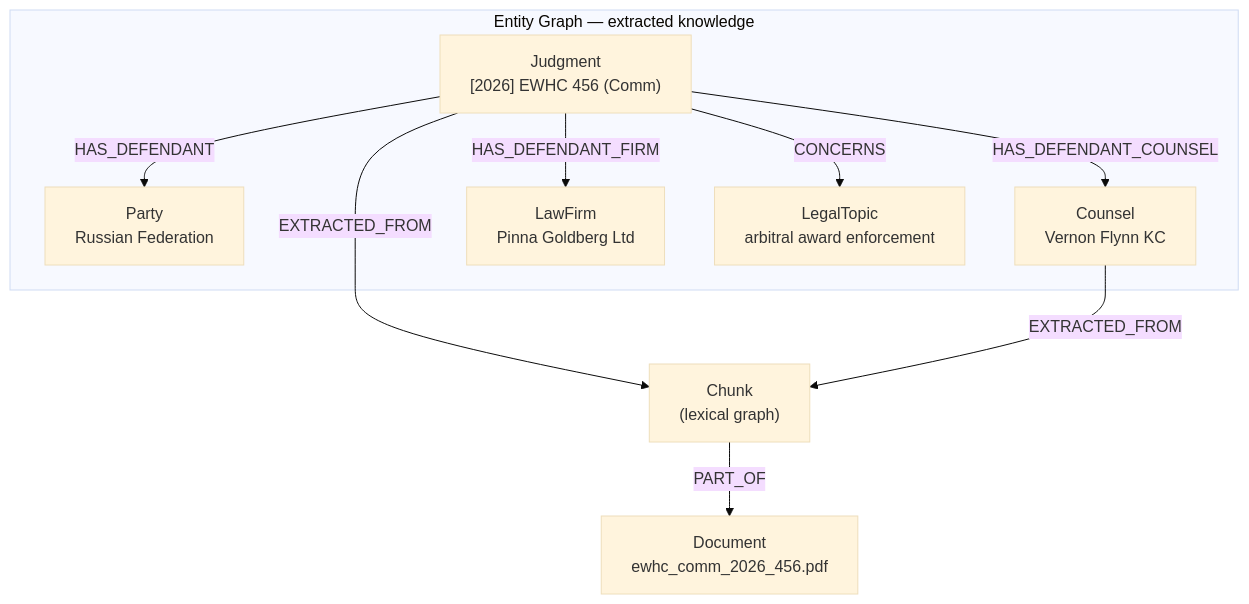
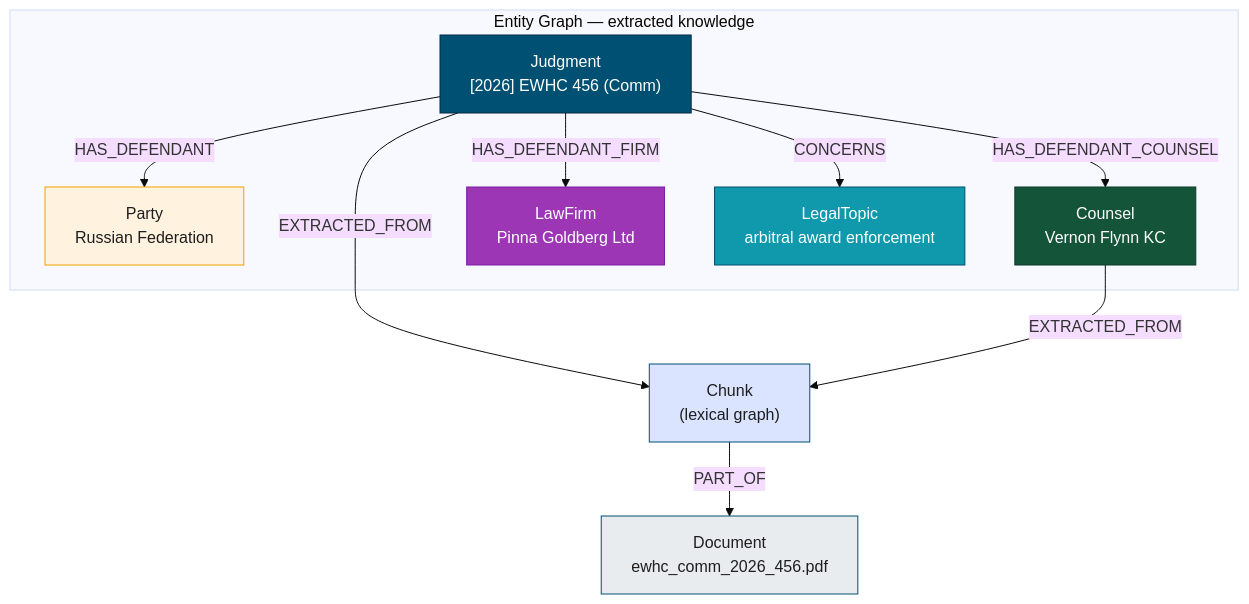
Before and after one commit to joy-neo4j/graph-intelligence-agent: the eighth of 13 diagrams in outputs/Graph_Intelligence_Technical_DeepDive.md, drawn with Mermaid (base theme). The commit also changed other lines of this file and 1 other file, not shown here.

First line of the commit message:
style(diagrams): restyle all Mermaid diagrams for contrast and colour

````diff
--- a/outputs/Graph_Intelligence_Technical_DeepDive.md
+++ b/outputs/Graph_Intelligence_Technical_DeepDive.md
@@ -469,12 +491,19 @@
 ```mermaid
 graph TD
     subgraph Entity["Entity Graph — extracted knowledge"]
         Judgment["Judgment<br/>[2026] EWHC 456 (Comm)"] -->|HAS_DEFENDANT| Party["Party<br/>Russian Federation"]
         Judgment -->|HAS_DEFENDANT_COUNSEL| Counsel["Counsel<br/>Vernon Flynn KC"]
         Judgment -->|HAS_DEFENDANT_FIRM| Firm["LawFirm<br/>Pinna Goldberg Ltd"]
         Judgment -->|CONCERNS| Topic["LegalTopic<br/>arbitral award enforcement"]
     end
     Judgment -->|EXTRACTED_FROM| C["Chunk<br/>(lexical graph)"]
     Counsel -->|EXTRACTED_FROM| C
     C -->|PART_OF| Doc["Document<br/>ewhc_comm_2026_456.pdf"]
+    style Judgment fill:#005073,stroke:#002B43,color:#fff
+    style Party fill:#fff3e0,stroke:#f59f00,color:#1e1e1e
+    style Counsel fill:#145439,stroke:#0d3a26,color:#fff
+    style Firm fill:#9c36b5,stroke:#7a1fa2,color:#fff
+    style Topic fill:#1098ad,stroke:#005073,color:#fff
+    style C fill:#dbe4ff,stroke:#005073,color:#1e1e1e
+    style Doc fill:#e9ecef,stroke:#005073,color:#1e1e1e
 ```
````
